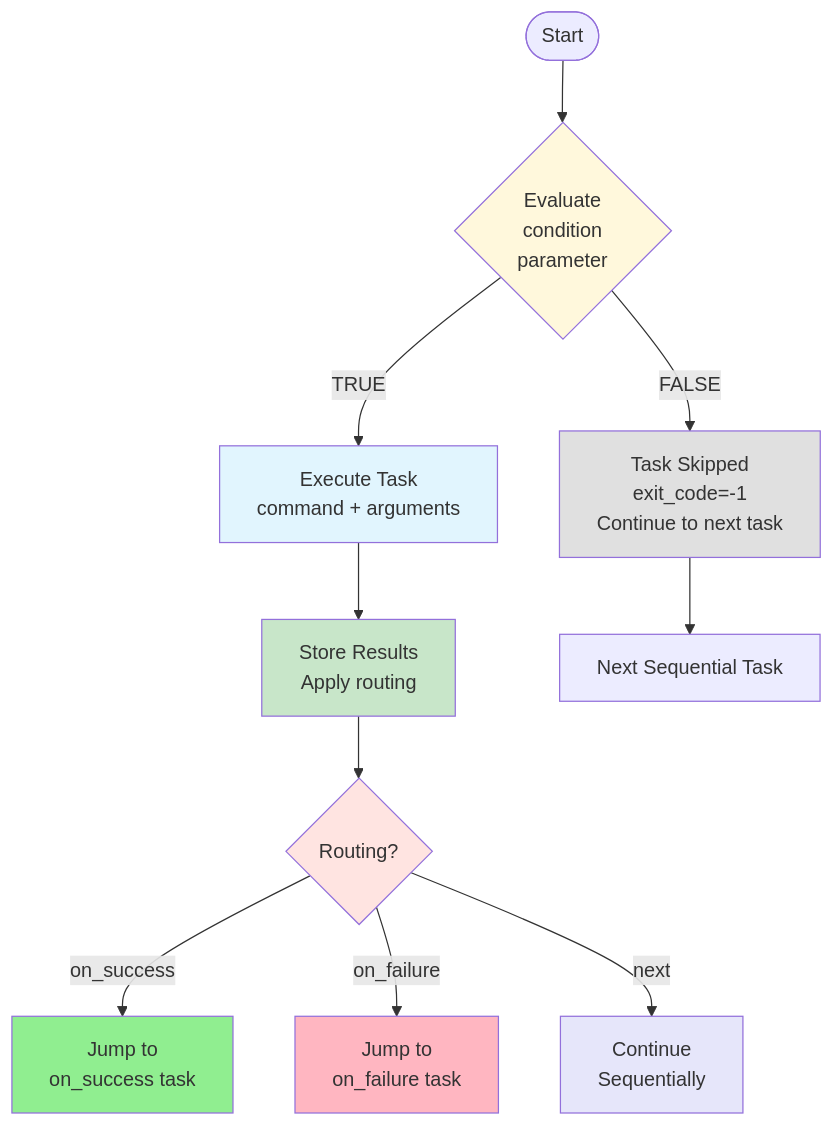
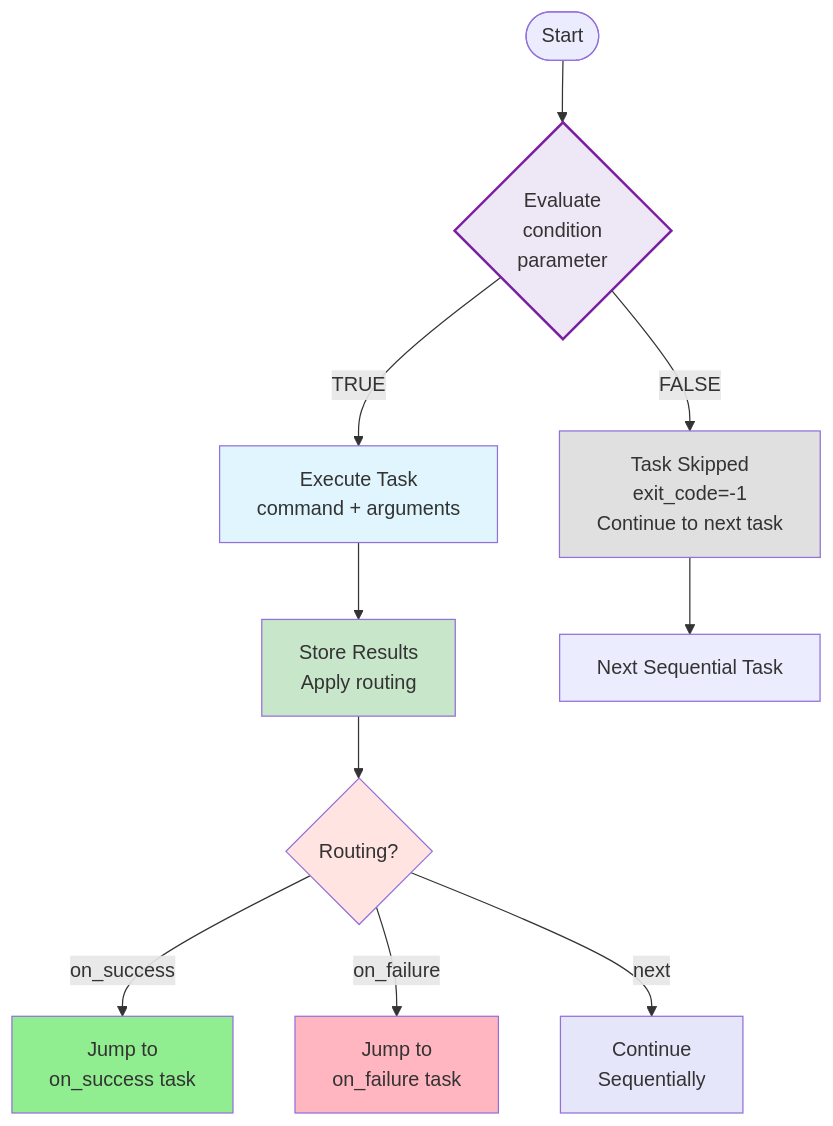
One commit to bastelbude1/Tasker changed the eighth of 20 diagrams in TaskER_FlowChart.md. Above: the diagram before and after it, drawn with Mermaid. The commit also changed other lines of this file, not shown here.

First line of the commit message:
docs: Optimize color scheme for TaskER_FlowChart.md visual clarity

````diff
--- a/TaskER_FlowChart.md
+++ b/TaskER_FlowChart.md
@@ -417,26 +396,26 @@
 ```mermaid
 graph TB
     %% Task with condition parameter
     Start([Start]) --> C{Evaluate<br/>condition<br/>parameter}
 
     %% Conditional skip paths
     C -->|FALSE| Skip[Task Skipped<br/>exit_code=-1<br/>Continue to next task]
     C -->|TRUE| Exec[Execute Task<br/>command + arguments]
 
     Exec --> Success[Store Results<br/>Apply routing]
     Skip --> Next[Next Sequential Task]
     Success --> Routing{Routing?}
     Routing -->|on_success| OS[Jump to<br/>on_success task]
     Routing -->|on_failure| OF[Jump to<br/>on_failure task]
     Routing -->|next| Seq[Continue<br/>Sequentially]
 
     %% Style
-    style C fill:#FFF8DC
+    style C fill:#ede7f6,stroke:#7b1fa2,stroke-width:2px
     style Skip fill:#E0E0E0
     style Exec fill:#E1F5FE
     style Success fill:#C8E6C9
     style Routing fill:#FFE4E1
     style OS fill:#90EE90
     style OF fill:#FFB6C1
     style Seq fill:#E6E6FA
 ```
````
